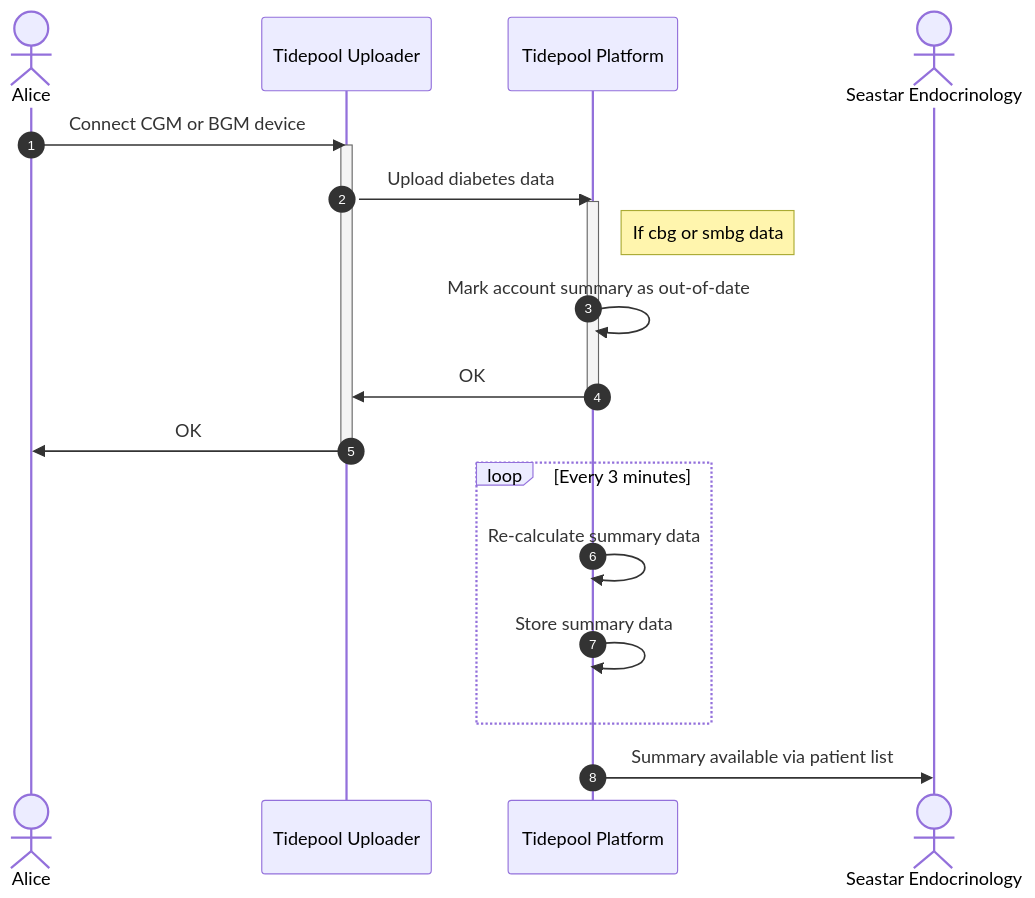
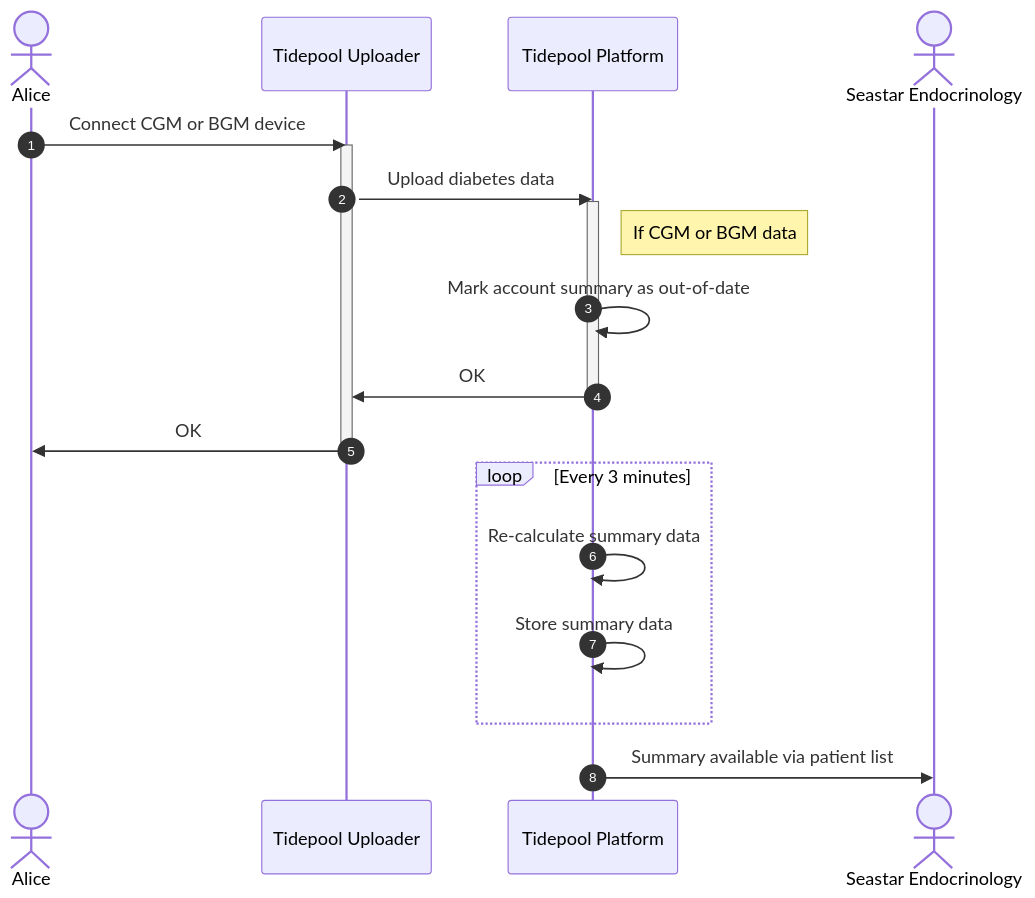
Before and after one commit to tidepool-org/TidepoolApi: the first of 3 diagrams in docs/summary-data.md, drawn with Mermaid. The commit also changed other lines of this file, not shown here.

Commit message:
Normalize terminology to CGM and BGM only. Add links to external sites.

````diff
--- a/docs/summary-data.md
+++ b/docs/summary-data.md
@@ -23,26 +23,26 @@
 ```mermaid
 sequenceDiagram
    autonumber
    actor PWD as Alice
    participant Uploader as Tidepool Uploader
    participant Platform as Tidepool Platform
    link Platform: https://api.tidepool.org @ https://api.tidepool.org
    actor Clinic as Seastar Endocrinology
 
    PWD->>Uploader: Connect CGM or BGM device
    activate Uploader
    Uploader->>Platform: Upload diabetes data
    activate Platform
-   note right of Platform: If cbg or smbg data
+   note right of Platform: If CGM or BGM data
    Platform->>Platform: Mark account summary as out-of-date
    Platform->>Uploader: OK
    deactivate Platform
    Uploader->>PWD: OK
    deactivate Uploader
 
    loop Every 3 minutes
       Platform->>Platform: Re-calculate summary data
       Platform->>Platform: Store summary data
    end
    Platform->>Clinic: Summary available via patient list
 ```
````
